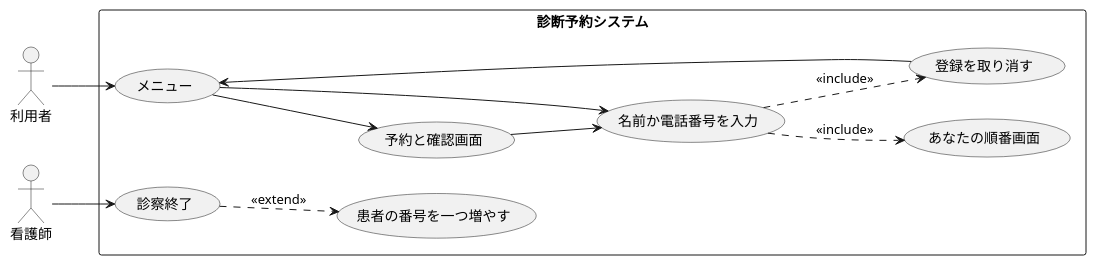
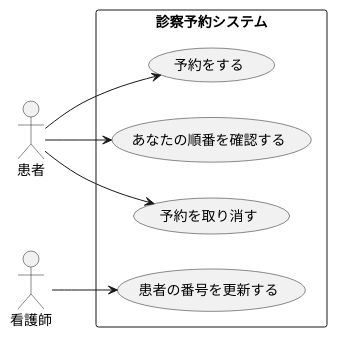
The diagram in 演習6-3_ユースケース図_診察予約システム.pu (kikuchihibiki/uml-introduction), drawn with PlantUML before and after one commit.

Commit message:
演習

```diff
--- a/演習6-3_ユースケース図_診察予約システム.pu
+++ b/演習6-3_ユースケース図_診察予約システム.pu
@@ -1,23 +1,15 @@
 @startuml
 left to right direction
-actor 利用者 as user
-actor 看護師 as nurse
-rectangle 診断予約システム{
-    usecase メニュー as mnue
-    usecase 予約と確認画面 as reserve
-    usecase あなたの順番画面 as order
-    usecase 名前か電話番号を入力 as entered
-    usecase 登録を取り消す as derete
-    usecase 患者の番号を一つ増やす as plus
-    usecase 診察終了 as end
-}
-user -->mnue
-mnue -->reserve
-mnue -->entered
-reserve -->entered
-entered ..> order : << include >>
-entered ..> derete : << include >>
-derete -->mnue 
-nurse --> end
-end ..> plus : << extend >>
+actor 患者
+actor 看護師
+rectangle 診察予約システム{
+    usecase 予約をする
+    usecase あなたの順番を確認する
+    usecase 予約を取り消す
+    usecase 患者の番号を更新する
+} 
+患者 --> 予約をする
+患者 --> あなたの順番を確認する
+患者 --> 予約を取り消す
+看護師 --> 患者の番号を更新する
 @enduml
```
